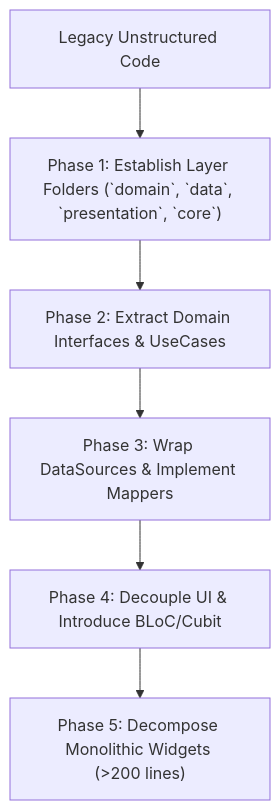
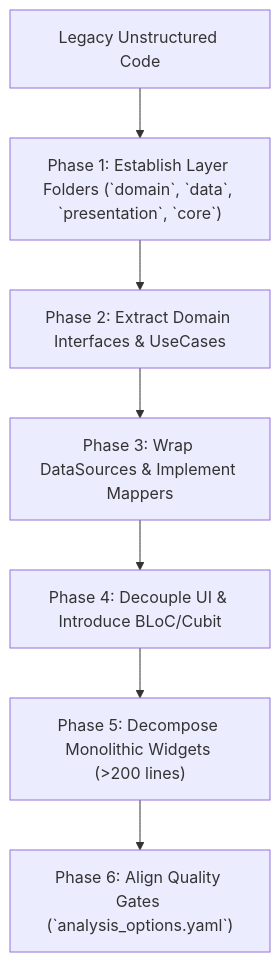
Before and after one commit to Vurarddo/flutter_template: the diagram in .agents/skills/adoption/adoption-architecture-aligner/SKILL.md, drawn with Mermaid. The commit also changed other lines of this file and 5 other files, not shown here.

Commit message:
feat(skills): integrate analysis_options.yaml configuration across bootstrap, adoption, and static analysis skills

````diff
--- a/.agents/skills/adoption/adoption-architecture-aligner/SKILL.md
+++ b/.agents/skills/adoption/adoption-architecture-aligner/SKILL.md
@@ -18,8 +18,9 @@
 ```mermaid
 graph TD
     Legacy["Legacy Unstructured Code"] --> L1["Phase 1: Establish Layer Folders (`domain`, `data`, `presentation`, `core`)"]
     L1 --> L2["Phase 2: Extract Domain Interfaces & UseCases"]
     L2 --> L3["Phase 3: Wrap DataSources & Implement Mappers"]
     L3 --> L4["Phase 4: Decouple UI & Introduce BLoC/Cubit"]
     L4 --> L5["Phase 5: Decompose Monolithic Widgets (>200 lines)"]
+    L5 --> L6["Phase 6: Align Quality Gates (`analysis_options.yaml`)"]
 ```
````
